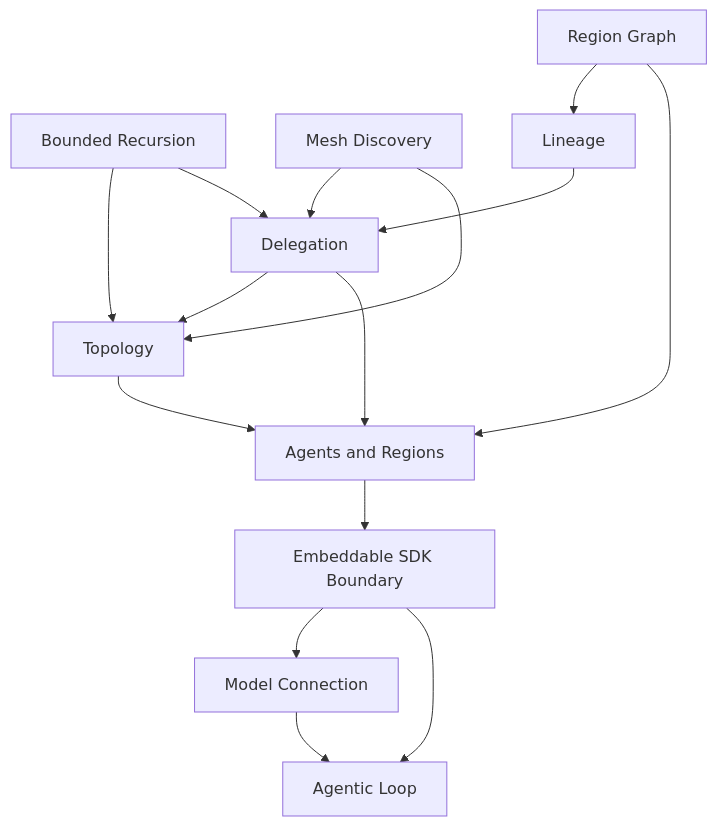
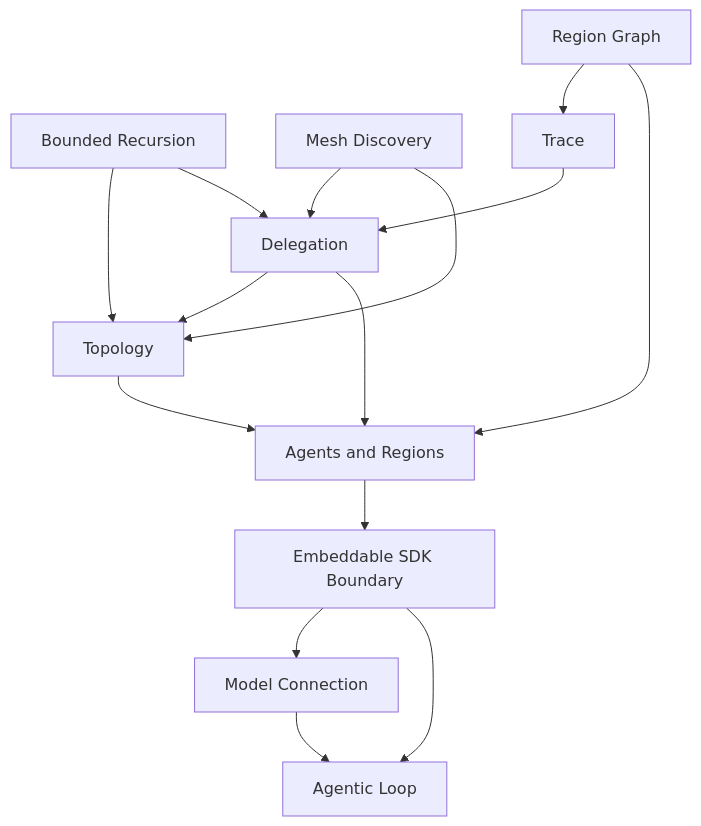
One commit to latere-ai/topos changed the diagram in specs/README.md. Above: the diagram before and after it, drawn with Mermaid. The commit also changed other lines of this file and 12 other files, not shown here.

````diff
--- a/specs/README.md
+++ b/specs/README.md
@@ -81,28 +83,28 @@
 ```mermaid
 graph TD
   loop[Agentic Loop]
   model[Model Connection]
   sdk[Embeddable SDK Boundary]
   ar[Agents and Regions]
   rgraph[Region Graph]
   topo[Topology]
   del[Delegation]
   rec[Bounded Recursion]
   disc[Mesh Discovery]
-  lin[Lineage]
+  trace[Trace]
 
   model --> loop
   sdk --> loop
   sdk --> model
   ar --> sdk
   topo --> ar
   del --> ar
   del --> topo
   rec --> del
   rec --> topo
   disc --> topo
   disc --> del
-  lin --> del
+  trace --> del
   rgraph --> ar
-  rgraph --> lin
+  rgraph --> trace
 ```
````
